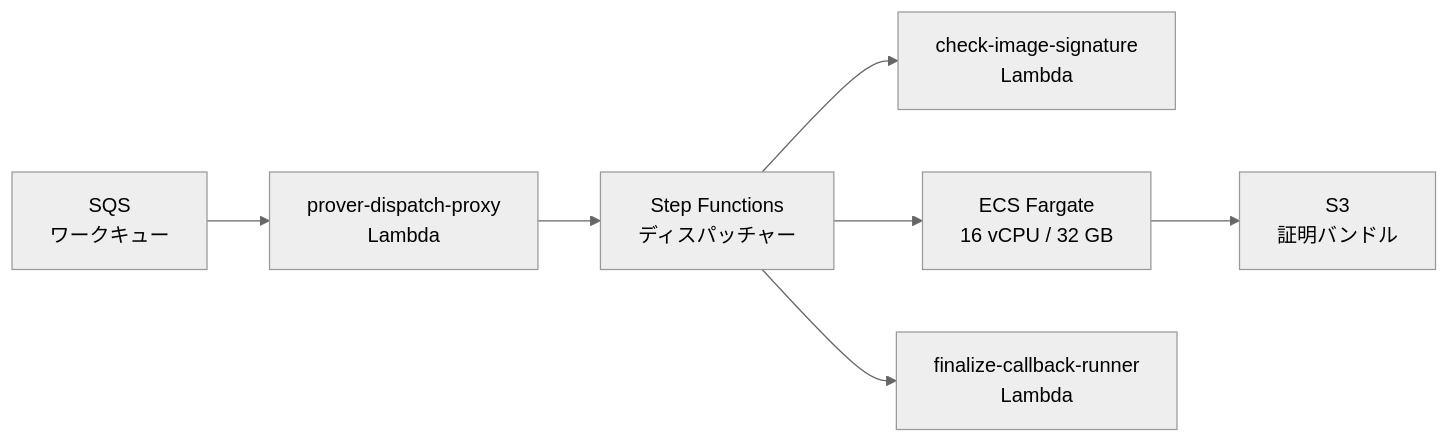
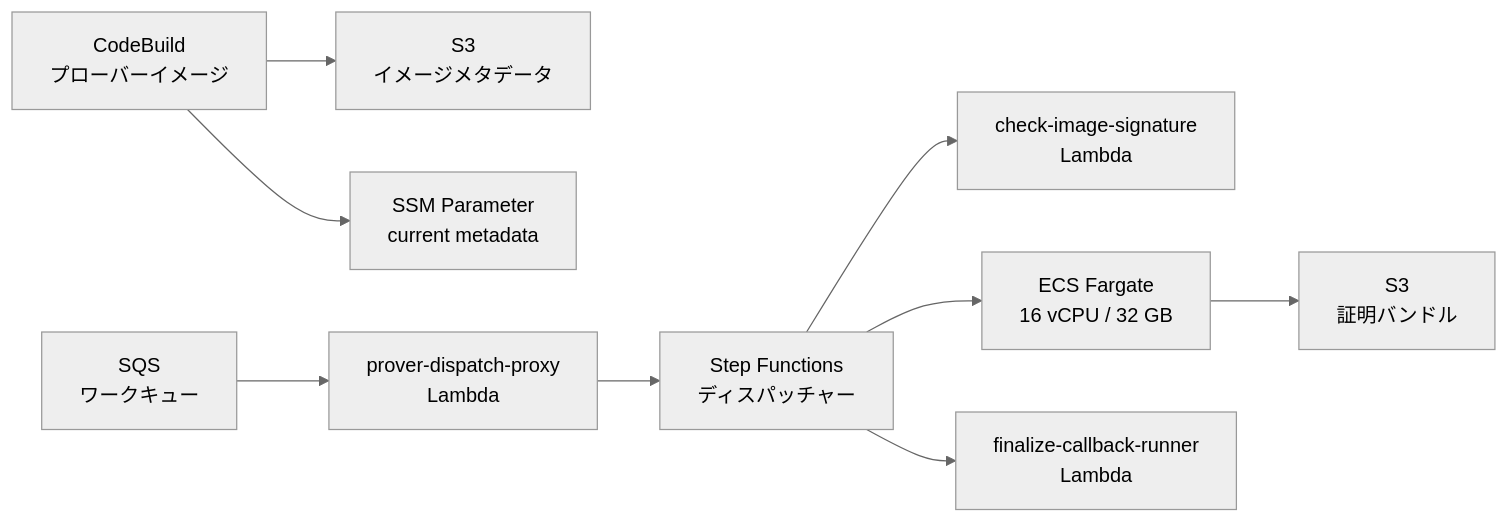
One commit to hwatanabe-jp/stark-ballot-simulator-public changed the second of 4 diagrams in public-book/src/aws/topology.md. Above: the diagram before and after it, drawn with Mermaid (neutral theme). The commit also changed other lines of this file and 200 other files, not shown here.

````diff
--- a/public-book/src/aws/topology.md
+++ b/public-book/src/aws/topology.md
@@ -64,9 +58,11 @@
 ```mermaid
 flowchart LR
+  CODEBUILD["CodeBuild<br/>プローバーイメージ"] --> META["S3<br/>イメージメタデータ"]
+  CODEBUILD --> SSM["SSM Parameter<br/>current metadata"]
   SQS["SQS<br/>ワークキュー"] --> DP["prover-dispatch-proxy<br/>Lambda"]
   DP --> SFN["Step Functions<br/>ディスパッチャー"]
   SFN --> SIG["check-image-signature<br/>Lambda"]
   SFN --> ECS["ECS Fargate<br/>16 vCPU / 32 GB"]
-  SFN --> CB["finalize-callback-runner<br/>Lambda"]
+  SFN --> CALLBACK["finalize-callback-runner<br/>Lambda"]
   ECS --> S3["S3<br/>証明バンドル"]
 ```
````
